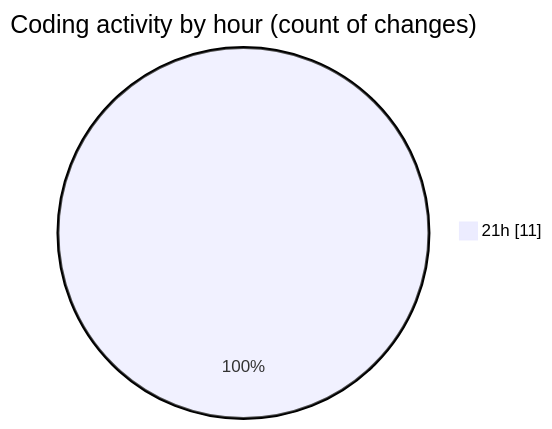
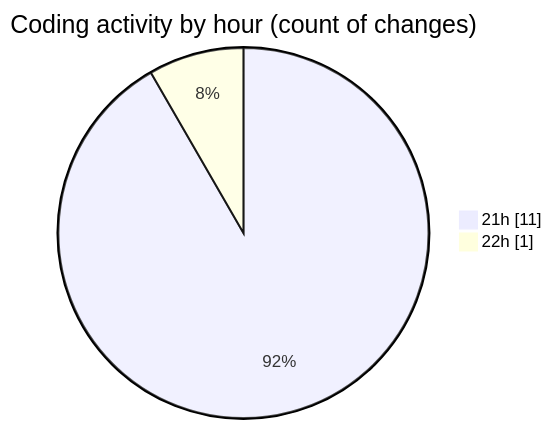
One commit to nxtqubesakshisongat/code-tracking changed the second of 2 diagrams in 2026-01-16/nxtqube_webapp/README.md. Above: the diagram before and after it, drawn with Mermaid. The commit also changed other lines of this file and 1 other file, not shown here.

````diff
--- a/2026-01-16/nxtqube_webapp/README.md
+++ b/2026-01-16/nxtqube_webapp/README.md
@@ -30,5 +30,6 @@
 ```mermaid
 pie showData
 title Coding activity by hour (count of changes)
 "21h" : 11
+"22h" : 1
 ```
````
